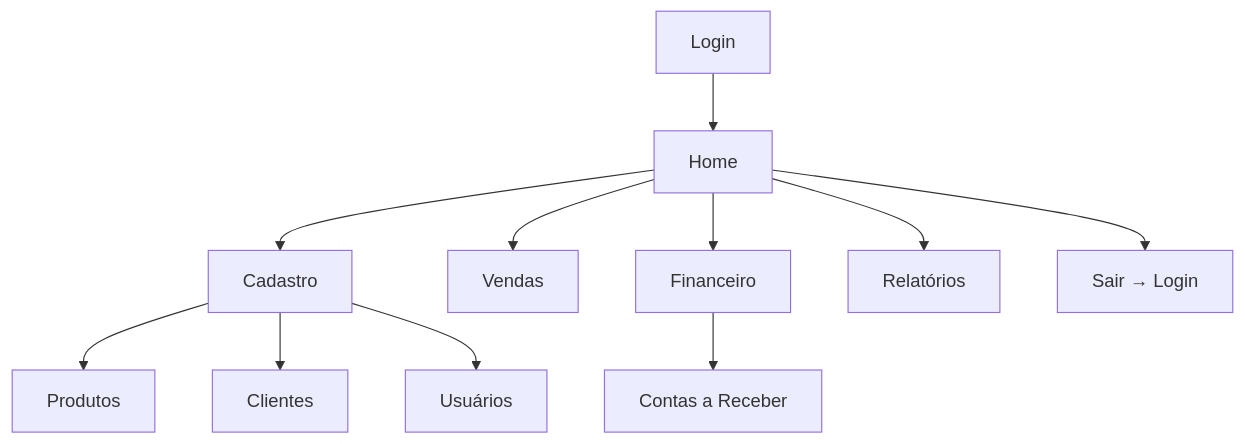
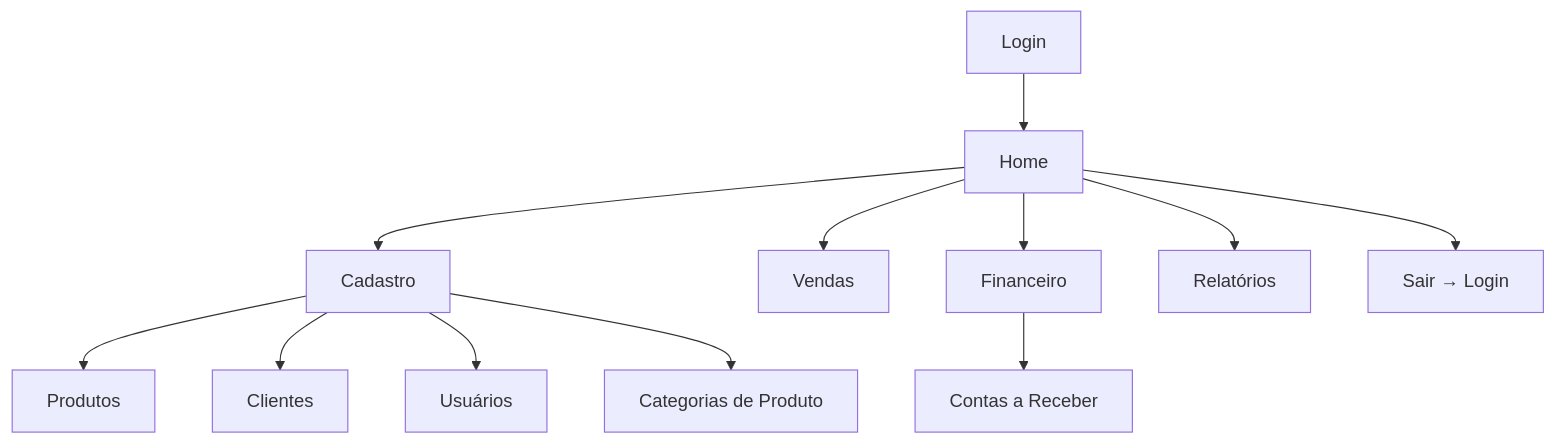
Before and after one commit to EduardoHenrrykSimonato/sistema-gestao-comercial: the third of 9 diagrams in documentacao/DIAGRAMAS.md, drawn with Mermaid. The commit also changed other lines of this file and 25 other files, not shown here.

Commit message:
feat: categorias de produto e formatacao em R$

````diff
--- a/documentacao/DIAGRAMAS.md
+++ b/documentacao/DIAGRAMAS.md
@@ -103,15 +112,16 @@
 ```mermaid
 flowchart TD
     A["Login"] --> B["Home"]
     B --> C["Cadastro"]
     B --> D["Vendas"]
     B --> E["Financeiro"]
     B --> F["Relatórios"]
     B --> G["Sair → Login"]
 
     C --> C1["Produtos"]
     C --> C2["Clientes"]
     C --> C3["Usuários"]
+    C --> C4["Categorias de Produto"]
 
     E --> E1["Contas a Receber"]
 ```
````
